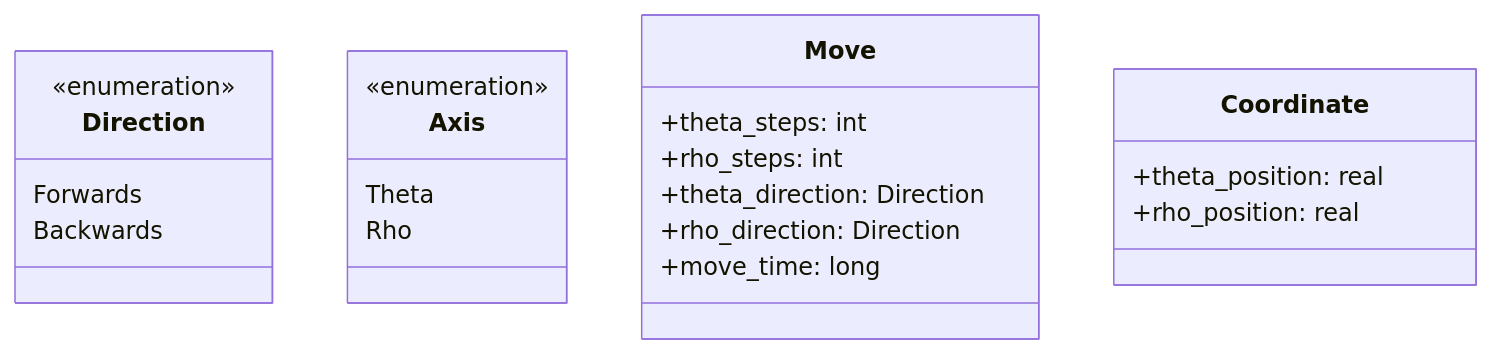
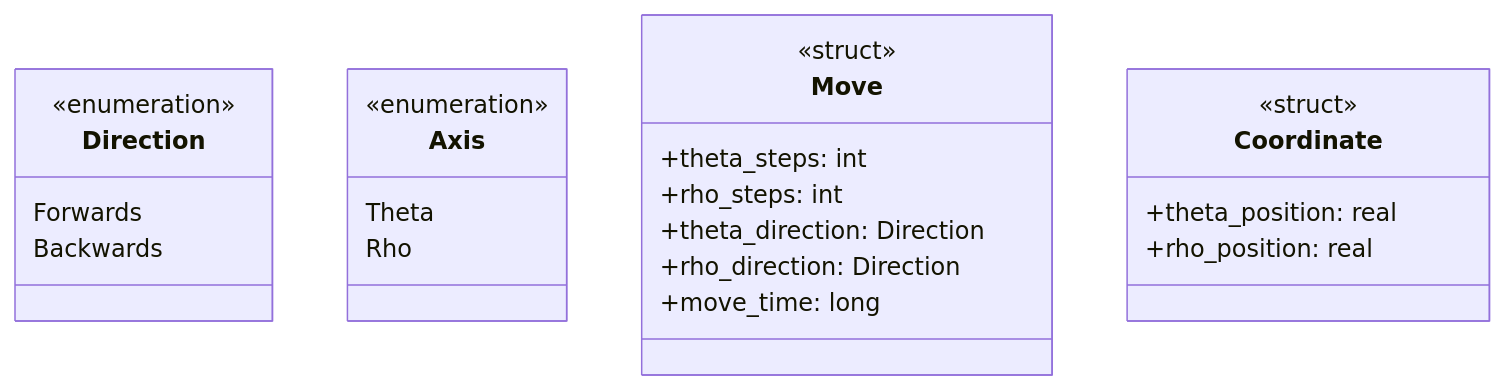
The second of 3 diagrams in docs/software_design.md (mpinder0/mini-sandtable-polar-esp32), drawn with Mermaid before and after one commit.

Commit message:
fix issue in mermaid diagrams, not rendering

````diff
--- a/docs/software_design.md
+++ b/docs/software_design.md
@@ -35,25 +35,29 @@
 ```mermaid
 classDiagram
-    class Direction <<enumeration>> {
+    class Direction {
+        <<enumeration>>
         Forwards
         Backwards
     }
 
-    class Axis <<enumeration>> {
+    class Axis {
+        <<enumeration>>
         Theta
         Rho
     }
 
     class Move {
+        <<struct>>
         +theta_steps: int
         +rho_steps: int
         +theta_direction: Direction
         +rho_direction: Direction
         +move_time: long
     }
 
     class Coordinate {
+        <<struct>>
         +theta_position: real
         +rho_position: real
     }
 ```
````
